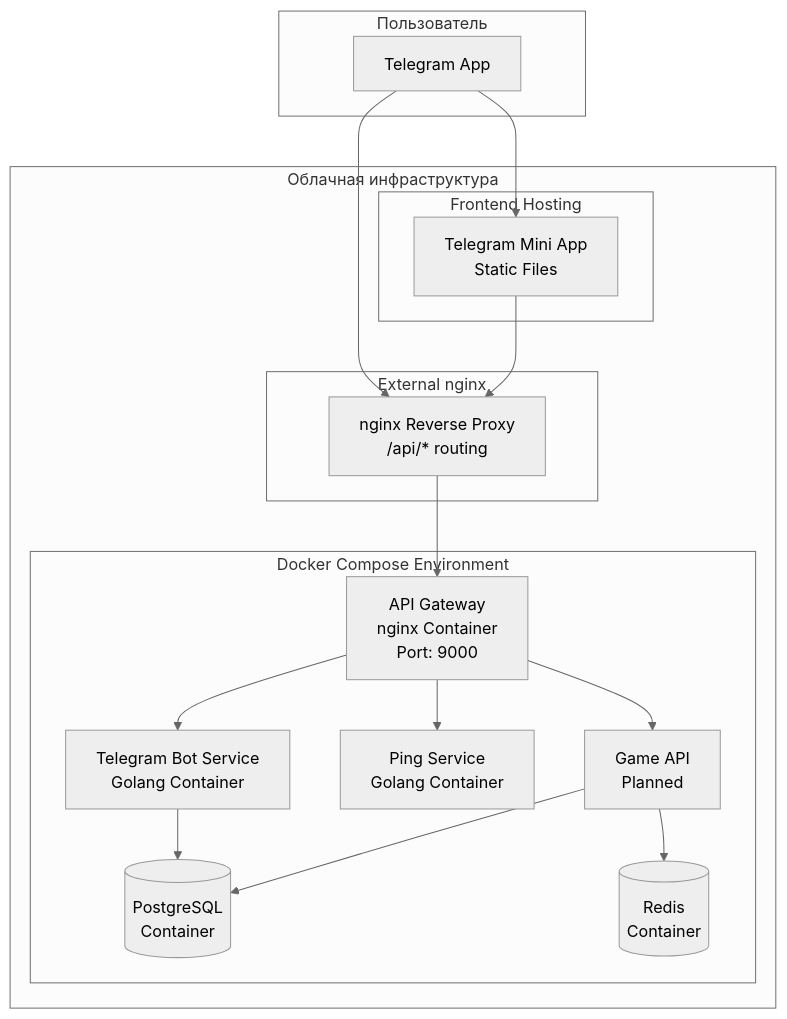
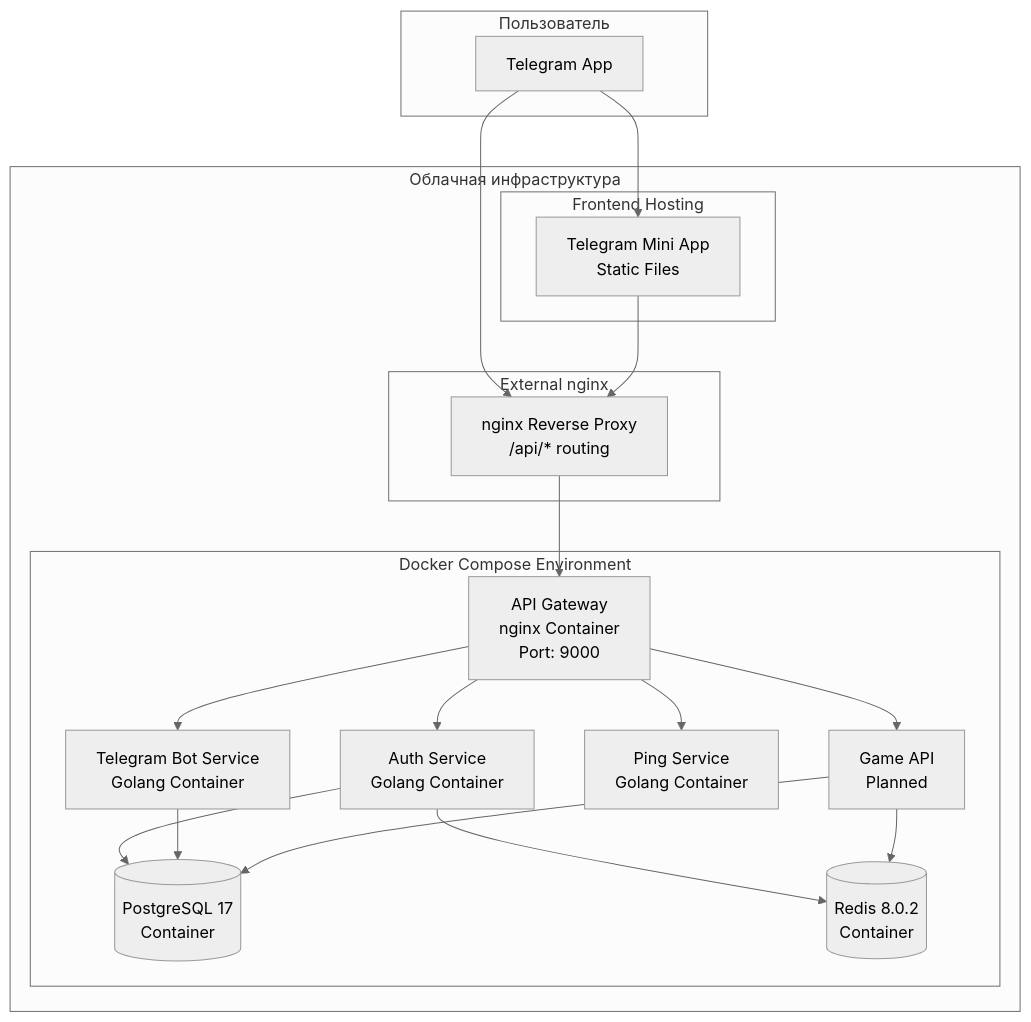
The second of 3 diagrams in docs/architecture/architecture.md (dpetrakov/shard_legends), drawn with Mermaid (neutral theme) before and after one commit. The commit also changed other lines of this file and 16 other files, not shown here.

First line of the commit message:
Добавить конфигурацию для PostgreSQL и Redis в dev окружение

````diff
--- a/docs/architecture/architecture.md
+++ b/docs/architecture/architecture.md
@@ -165,37 +210,41 @@
 ```mermaid
 graph TB
     subgraph "Пользователь"
         TG[Telegram App]
     end
     
     subgraph "Облачная инфраструктура"
         subgraph "External nginx"
             NGINX[nginx Reverse Proxy<br/>/api/* routing]
         end
         
         subgraph "Frontend Hosting"
             TMA[Telegram Mini App<br/>Static Files]
         end
         
         subgraph "Docker Compose Environment"
             GATEWAY[API Gateway<br/>nginx Container<br/>Port: 9000]
+            AUTH[Auth Service<br/>Golang Container]
             BOT[Telegram Bot Service<br/>Golang Container]
             PING[Ping Service<br/>Golang Container]
             GAME[Game API<br/>Planned]
-            DB[(PostgreSQL<br/>Container)]
-            CACHE[(Redis<br/>Container)]
+            DB[(PostgreSQL 17<br/>Container)]
+            CACHE[(Redis 8.0.2<br/>Container)]
             
             NGINX --> GATEWAY
+            GATEWAY --> AUTH
             GATEWAY --> BOT
             GATEWAY --> PING
             GATEWAY --> GAME
+            AUTH --> DB
+            AUTH --> CACHE
             BOT --> DB
             GAME --> DB
             GAME --> CACHE
         end
     end
     
     TG --> NGINX
     TG --> TMA
     TMA --> NGINX
 ```
````
